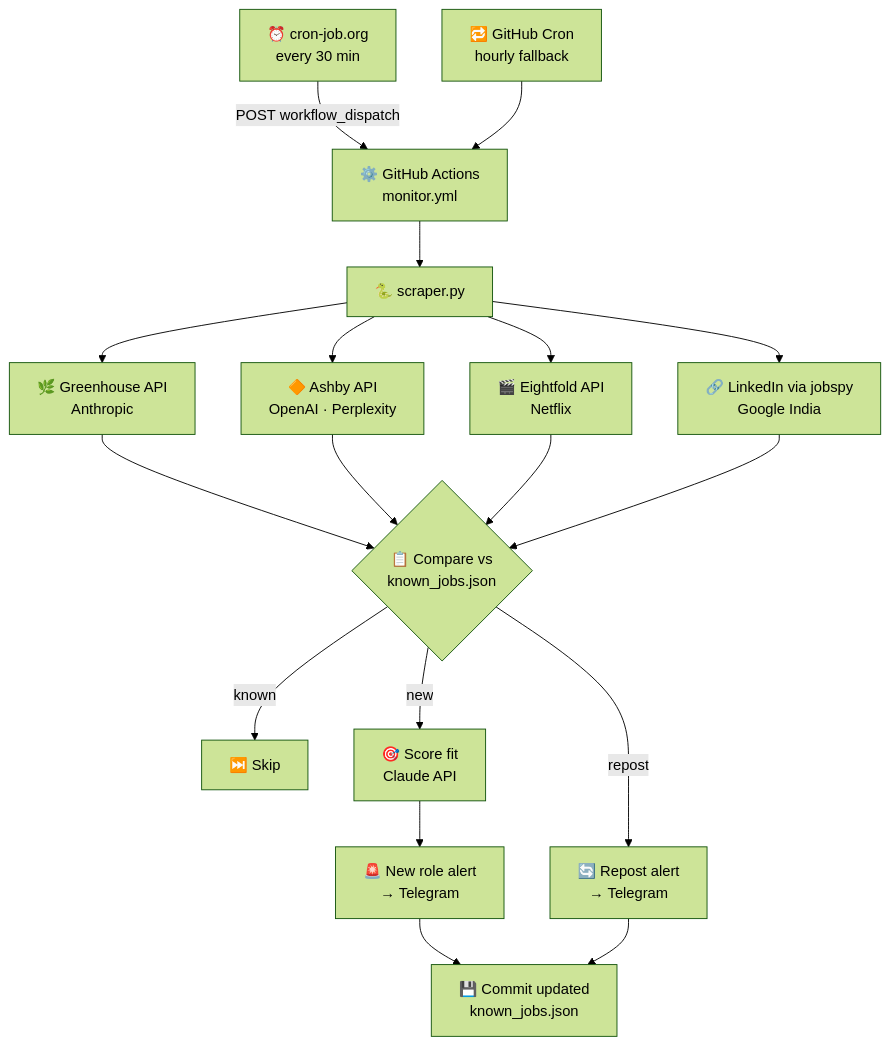
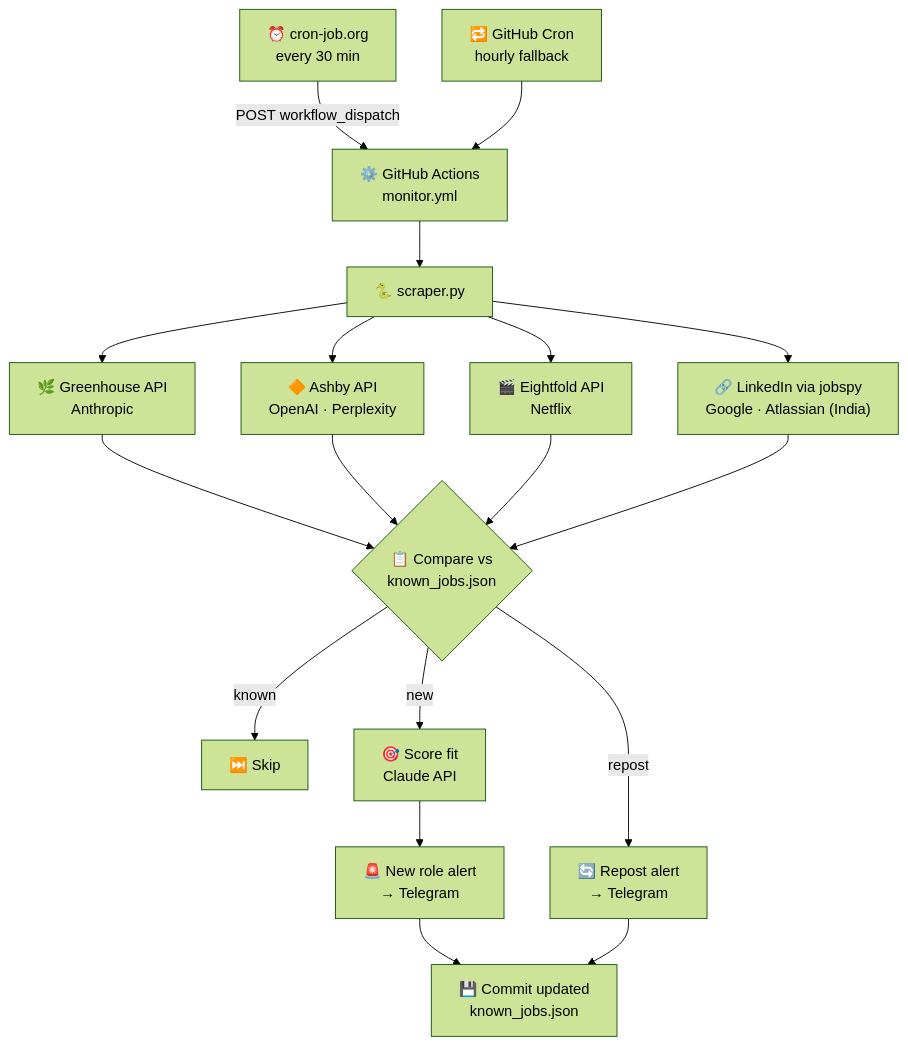
The diagram in README.md (anujg1807/proj-flash), drawn with Mermaid (forest theme) before and after one commit. The commit also changed other lines of this file and 2 other files, not shown here.

First line of the commit message:
Track Atlassian PM roles in India via LinkedIn (#24)

````diff
--- a/README.md
+++ b/README.md
@@ -31,19 +32,19 @@
 ```mermaid
 flowchart TD
     A["⏰ cron-job.org\nevery 30 min"] -->|POST workflow_dispatch| C
     B["🔁 GitHub Cron\nhourly fallback"] --> C
     C["⚙️ GitHub Actions\nmonitor.yml"] --> D["🐍 scraper.py"]
 
     D --> E["🌿 Greenhouse API\nAnthropic"]
     D --> F["🔶 Ashby API\nOpenAI · Perplexity"]
     D --> G["🎬 Eightfold API\nNetflix"]
-    D --> H["🔗 LinkedIn via jobspy\nGoogle India"]
+    D --> H["🔗 LinkedIn via jobspy\nGoogle · Atlassian (India)"]
 
     E & F & G & H --> I{"📋 Compare vs\nknown_jobs.json"}
 
     I -->|known| J["⏭️ Skip"]
     I -->|new| K["🎯 Score fit\nClaude API"]
     I -->|repost| N["🔄 Repost alert\n→ Telegram"]
     K --> L["🚨 New role alert\n→ Telegram"]
     L & N --> M["💾 Commit updated\nknown_jobs.json"]
 ```
````
